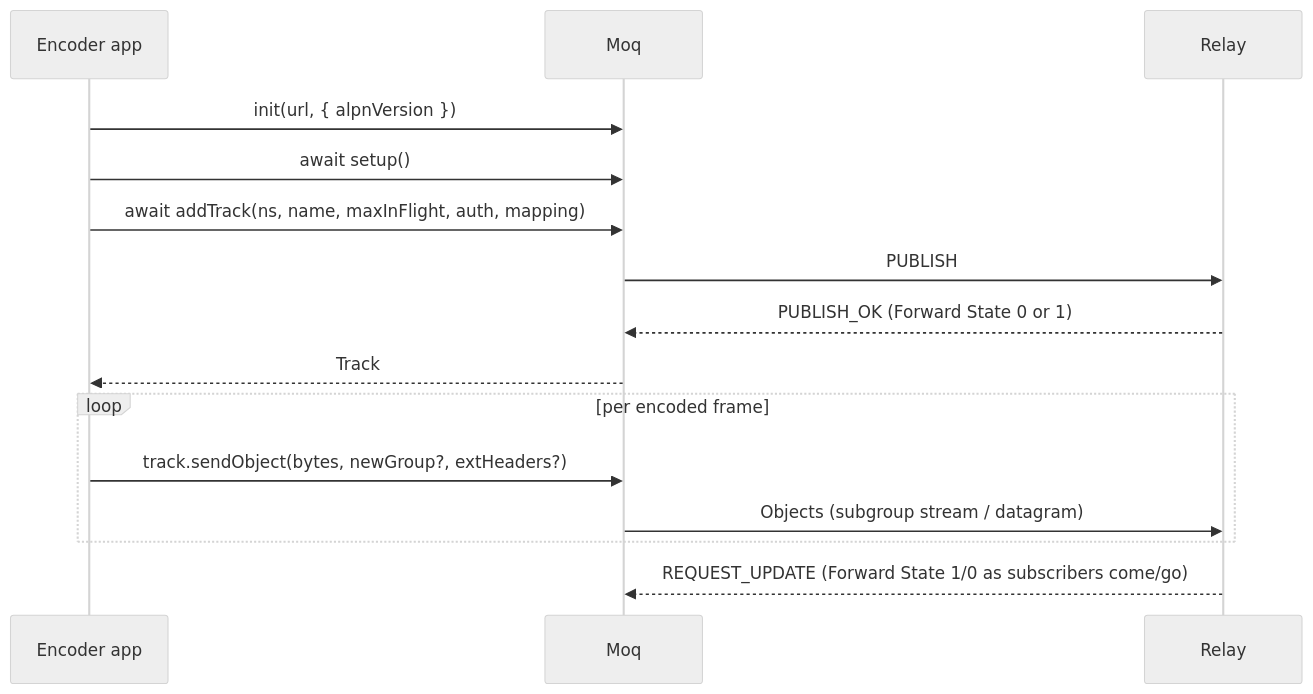
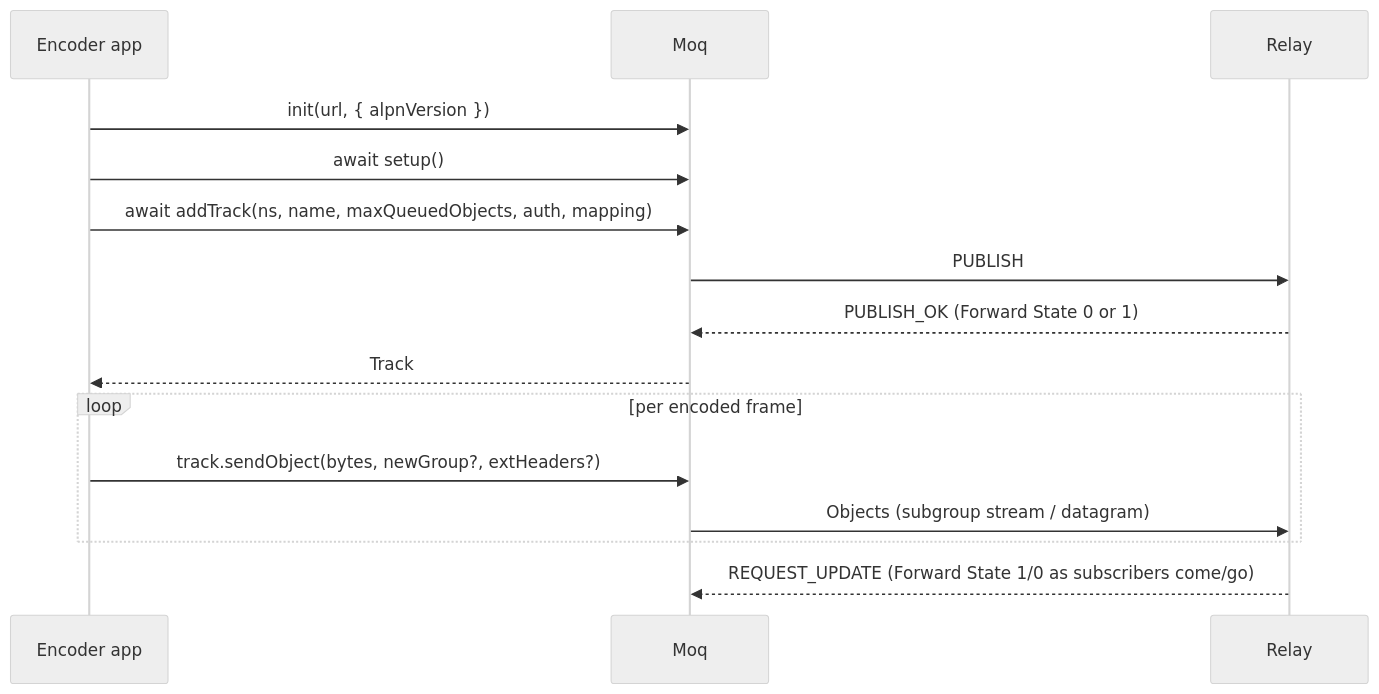
Before and after one commit to facebookexperimental/moq-encoder-player: the fifth of 6 diagrams in src/moq/README.md, drawn with Mermaid (neutral theme). The commit also changed other lines of this file and 5 other files, not shown here.

````diff
--- a/src/moq/README.md
+++ b/src/moq/README.md
@@ -109,17 +109,17 @@
 ```mermaid
 sequenceDiagram
   participant App as Encoder app
   participant Moq
   participant Relay
   App->>Moq: init(url, { alpnVersion })
   App->>Moq: await setup()
-  App->>Moq: await addTrack(ns, name, maxInFlight, auth, mapping)
+  App->>Moq: await addTrack(ns, name, maxQueuedObjects, auth, mapping)
   Moq->>Relay: PUBLISH
   Relay-->>Moq: PUBLISH_OK (Forward State 0 or 1)
   Moq-->>App: Track
   loop per encoded frame
     App->>Moq: track.sendObject(bytes, newGroup?, extHeaders?)
     Moq->>Relay: Objects (subgroup stream / datagram)
   end
   Relay-->>Moq: REQUEST_UPDATE (Forward State 1/0 as subscribers come/go)
 ```
````
